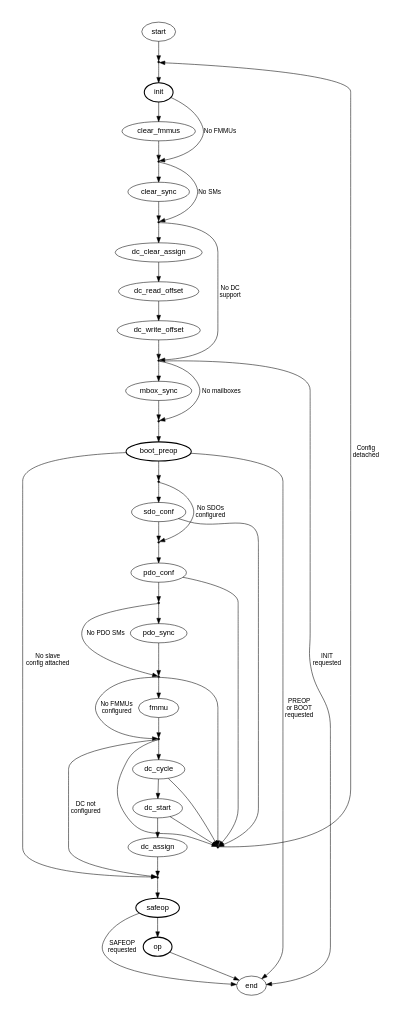
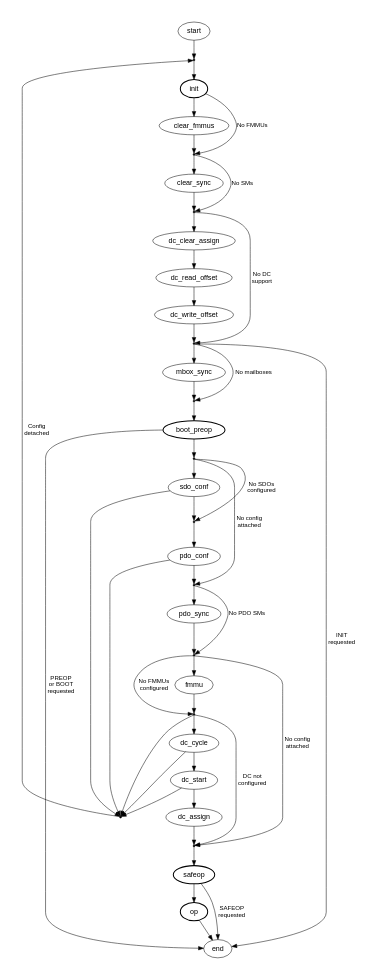
Before and after one commit to ribalda/ethercat: the diagram in documentation/graphs/fsm_slave_conf.dot, drawn with Graphviz. The commit also changed 1 other file, not shown here.

Commit message:
Configure PDO sync managers even if no configuration has been applied.

```diff
--- a/documentation/graphs/fsm_slave_conf.dot
+++ b/documentation/graphs/fsm_slave_conf.dot
@@ -1,118 +1,118 @@
 
 /* $Id$ */
 
 digraph slaveconf {
     size="3,5"
     node [fontname="Helvetica"]
     edge [fontname="Helvetica", fontsize="12"]
 
     start
     start -> enter_init [weight=10]
 
     enter_init [shape=point, label=""]
     enter_init -> init [weight=10]
 
     reconfigure [shape=point, label=""]
     reconfigure -> enter_init [label="Config\ndetached"]
 
     init [style="bold"]
     init -> enter_clear_sync [label="No FMMUs"]
     init -> clear_fmmus [weight=10]
 
     clear_fmmus
     clear_fmmus -> enter_clear_sync [weight=10]
 
     enter_clear_sync [shape=point, label=""]
     enter_clear_sync -> enter_dc_clear_assign [label="No SMs"]
     enter_clear_sync -> clear_sync [weight=10]
 
     clear_sync
     clear_sync -> enter_dc_clear_assign [weight=10]
 
     enter_dc_clear_assign [shape=point, label=""]
     enter_dc_clear_assign -> enter_mbox_sync [label="No DC\nsupport"]
     enter_dc_clear_assign -> dc_clear_assign [weight=10]
 
     dc_clear_assign
     dc_clear_assign -> dc_read_offset [weight=10]
 
     dc_read_offset
     dc_read_offset -> dc_write_offset [weight=10]
 
     dc_write_offset
     dc_write_offset -> enter_mbox_sync [weight=10]
 
     enter_mbox_sync [shape=point, label=""]
     enter_mbox_sync -> end [label="INIT\nrequested"]
     enter_mbox_sync -> enter_boot_preop [label="No mailboxes"]
     enter_mbox_sync -> mbox_sync [weight=10]
 
     mbox_sync
     mbox_sync -> enter_boot_preop [weight=10]
 
     enter_boot_preop [shape=point, label=""]
     enter_boot_preop -> boot_preop [weight=10]
 
     boot_preop [style="bold"]
     boot_preop -> end [label="PREOP\nor BOOT\nrequested"]
-    boot_preop -> enter_safeop [label="No slave\nconfig attached"]
     boot_preop -> enter_sdo_conf [weight=10]
 
     enter_sdo_conf [shape=point, label=""]
+    enter_sdo_conf -> enter_pdo_sync [label="No config\nattached"]
     enter_sdo_conf -> enter_pdo_conf [label="No SDOs\nconfigured"]
     enter_sdo_conf -> sdo_conf [weight=10]
 
     sdo_conf
     sdo_conf -> reconfigure
     sdo_conf -> enter_pdo_conf [weight=10]
 
     enter_pdo_conf [shape=point, label=""]
     enter_pdo_conf -> pdo_conf [weight=10]
 
     pdo_conf
     pdo_conf -> reconfigure
     pdo_conf -> enter_pdo_sync [weight=10]
 
     enter_pdo_sync [shape=point, label=""]
     enter_pdo_sync -> enter_fmmu [label="No PDO SMs"]
     enter_pdo_sync -> pdo_sync [weight=10]
 
     pdo_sync
     pdo_sync -> enter_fmmu [weight=10]
 
     enter_fmmu [shape=point,label=""]
-    enter_fmmu -> reconfigure
+    enter_fmmu -> enter_safeop [label="No config\nattached"]
     enter_fmmu -> enter_dc_cycle [label="No FMMUs\nconfigured"]
     enter_fmmu -> fmmu [weight=10]
 
     fmmu
     fmmu -> enter_dc_cycle [weight=10]
 
     enter_dc_cycle [shape=point,label=""]
     enter_dc_cycle -> reconfigure
     enter_dc_cycle -> dc_cycle [weight=10]
     enter_dc_cycle -> enter_safeop [label="DC not\nconfigured"]
 
     dc_cycle
     dc_cycle -> reconfigure
     dc_cycle -> dc_start [weight=10]
 
     dc_start
     dc_start -> reconfigure
     dc_start -> dc_assign [weight=10]
 
     dc_assign
     dc_assign -> enter_safeop [weight=10]
 
     enter_safeop [shape=point,label=""]
     enter_safeop -> safeop [weight=10]
 
     safeop [style="bold"]
     safeop -> end [label="SAFEOP\nrequested"]
     safeop -> op [weight=10]
 
     op [style="bold"]
     op -> end
 
     end
 }
```
